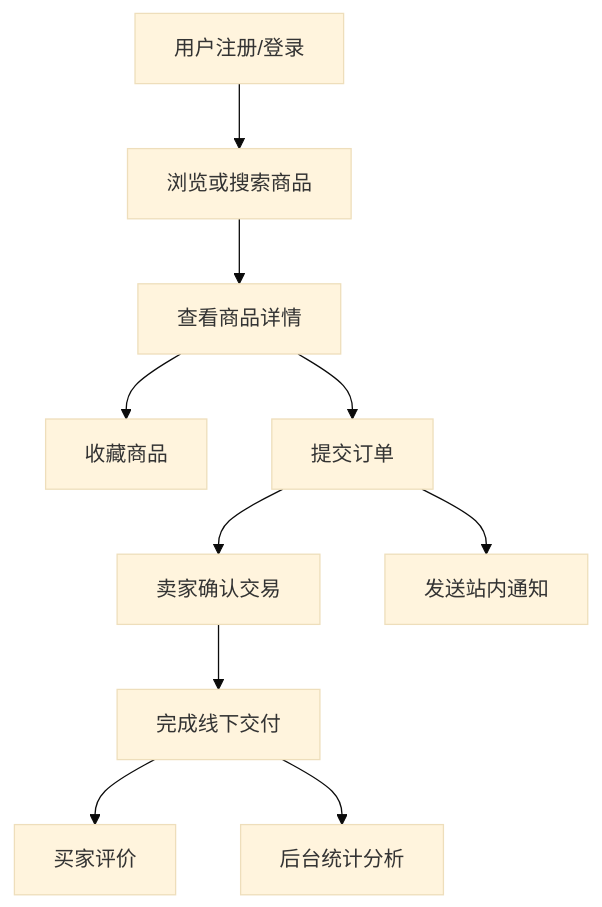
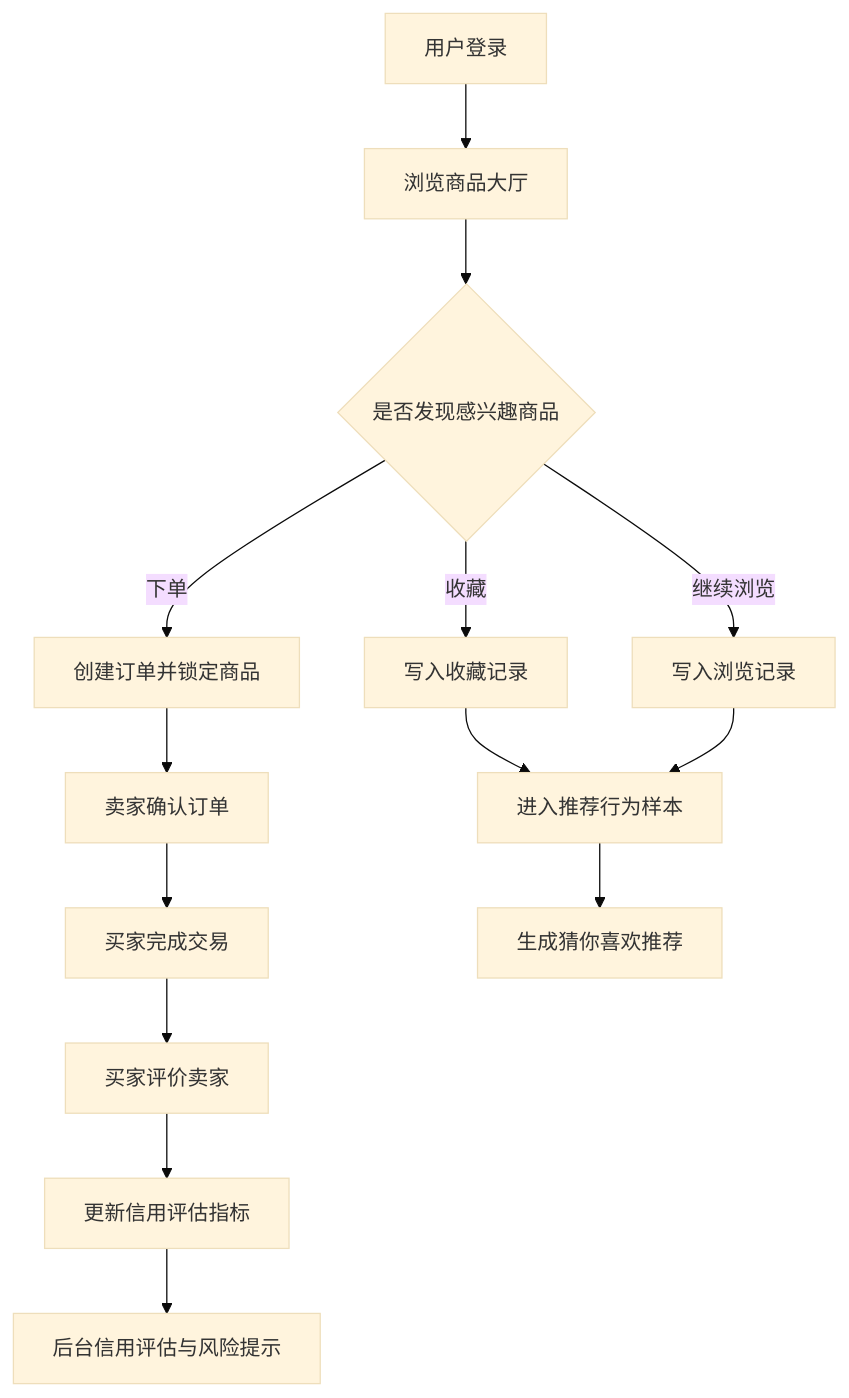
The fourth of 4 diagrams in docs/校园二手交易平台数据库管理系统-大作业报告.md (GeoGebra2/SecondHand), drawn with Mermaid (base theme) before and after one commit. The commit also changed other lines of this file and 4 other files, not shown here.

````diff
--- a/docs/校园二手交易平台数据库管理系统-大作业报告.md
+++ b/docs/校园二手交易平台数据库管理系统-大作业报告.md
@@ -105,12 +313,16 @@
 ```mermaid
 flowchart TD
-    A[用户注册/登录] --> B[浏览或搜索商品]
-    B --> C[查看商品详情]
-    C --> D[收藏商品]
-    C --> E[提交订单]
-    E --> F[卖家确认交易]
-    F --> G[完成线下交付]
-    G --> H[买家评价]
-    E --> I[发送站内通知]
-    G --> J[后台统计分析]
+    A[用户登录] --> B[浏览商品大厅]
+    B --> C{是否发现感兴趣商品}
+    C -->|收藏| D[写入收藏记录]
+    C -->|下单| E[创建订单并锁定商品]
+    C -->|继续浏览| F[写入浏览记录]
+    D --> G[进入推荐行为样本]
+    F --> G
+    E --> H[卖家确认订单]
+    H --> I[买家完成交易]
+    I --> J[买家评价卖家]
+    J --> K[更新信用评估指标]
+    G --> L[生成猜你喜欢推荐]
+    K --> M[后台信用评估与风险提示]
 ```
````
